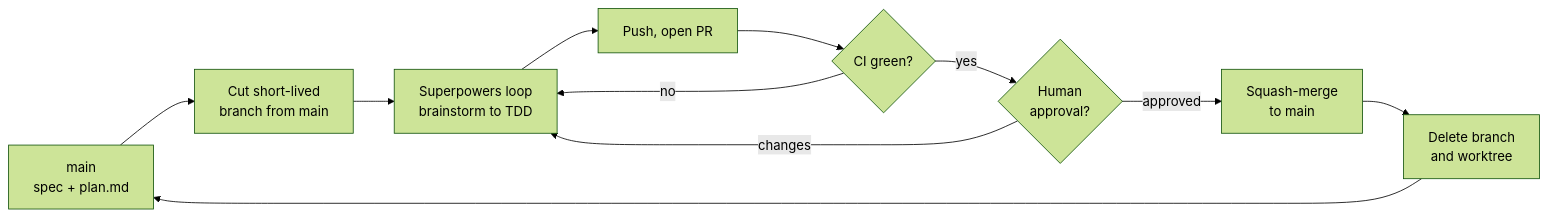
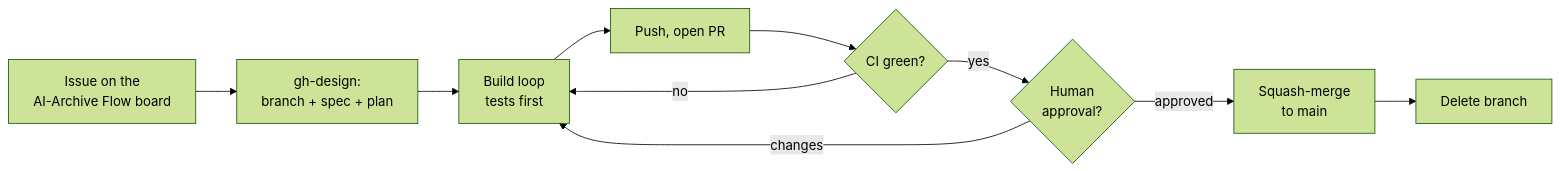
Before and after one commit to futurememorylab/ai-archive: the first of 2 diagrams in docs/onboarding/development-workflow.md, drawn with Mermaid (forest theme). The commit also changed other lines of this file and 377 other files, not shown here.

````diff
--- a/docs/onboarding/development-workflow.md
+++ b/docs/onboarding/development-workflow.md
@@ -14,13 +13,12 @@
 ```mermaid
 flowchart LR
-    M["main<br/>spec + plan.md"] --> B["Cut short-lived<br/>branch from main"]
-    B --> L["Superpowers loop<br/>brainstorm to TDD"]
+    I["Issue on the<br/>AI-Archive Flow board"] --> D["gh-design:<br/>branch + spec + plan"]
+    D --> L["Build loop<br/>tests first"]
     L --> P["Push, open PR"]
     P --> CI{"CI green?"}
     CI -- no --> L
     CI -- yes --> R{"Human<br/>approval?"}
     R -- changes --> L
     R -- approved --> S["Squash-merge<br/>to main"]
-    S --> D["Delete branch<br/>and worktree"]
-    D --> M
+    S --> X["Delete branch"]
 ```
````
